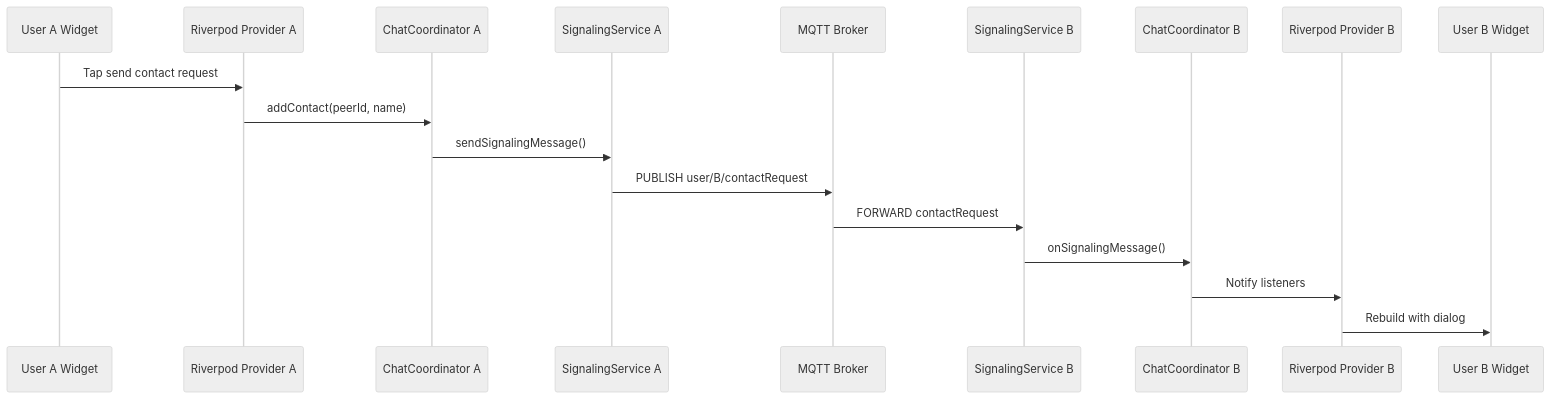
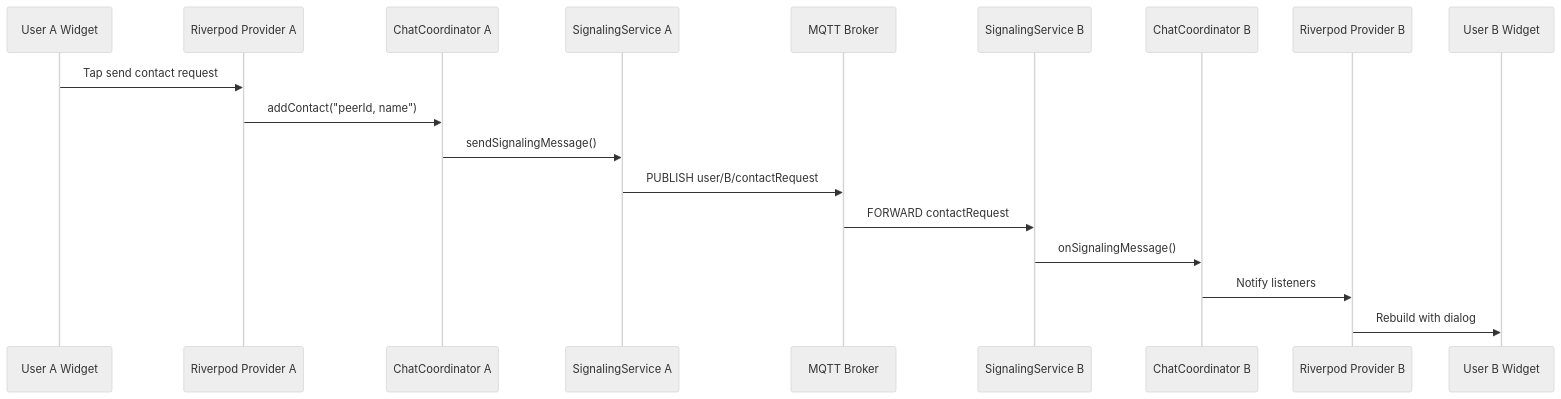
Before and after one commit to amr-kasem/distributed-systems-flutter-chat-peer: the fourth of 16 diagrams in docs/communication-flow.md, drawn with Mermaid (neutral theme). The commit also changed other lines of this file and 7 other files, not shown here.

Commit message:
solved issues with diagrams

````diff
--- a/docs/communication-flow.md
+++ b/docs/communication-flow.md
@@ -111,21 +111,21 @@
 ```mermaid
 sequenceDiagram
     participant UserA as User A Widget
     participant ProviderA as Riverpod Provider A
     participant CoordA as ChatCoordinator A
     participant MQTT_A as SignalingService A
     participant Broker as MQTT Broker
     participant MQTT_B as SignalingService B
     participant CoordB as ChatCoordinator B
     participant ProviderB as Riverpod Provider B
     participant UserB as User B Widget
     
     UserA->>ProviderA: Tap send contact request
-    ProviderA->>CoordA: addContact(peerId, name)
+    ProviderA->>CoordA: addContact("peerId, name")
     CoordA->>MQTT_A: sendSignalingMessage()
     MQTT_A->>Broker: PUBLISH user/B/contactRequest
     Broker->>MQTT_B: FORWARD contactRequest
     MQTT_B->>CoordB: onSignalingMessage()
     CoordB->>ProviderB: Notify listeners
     ProviderB->>UserB: Rebuild with dialog
 ```
````
